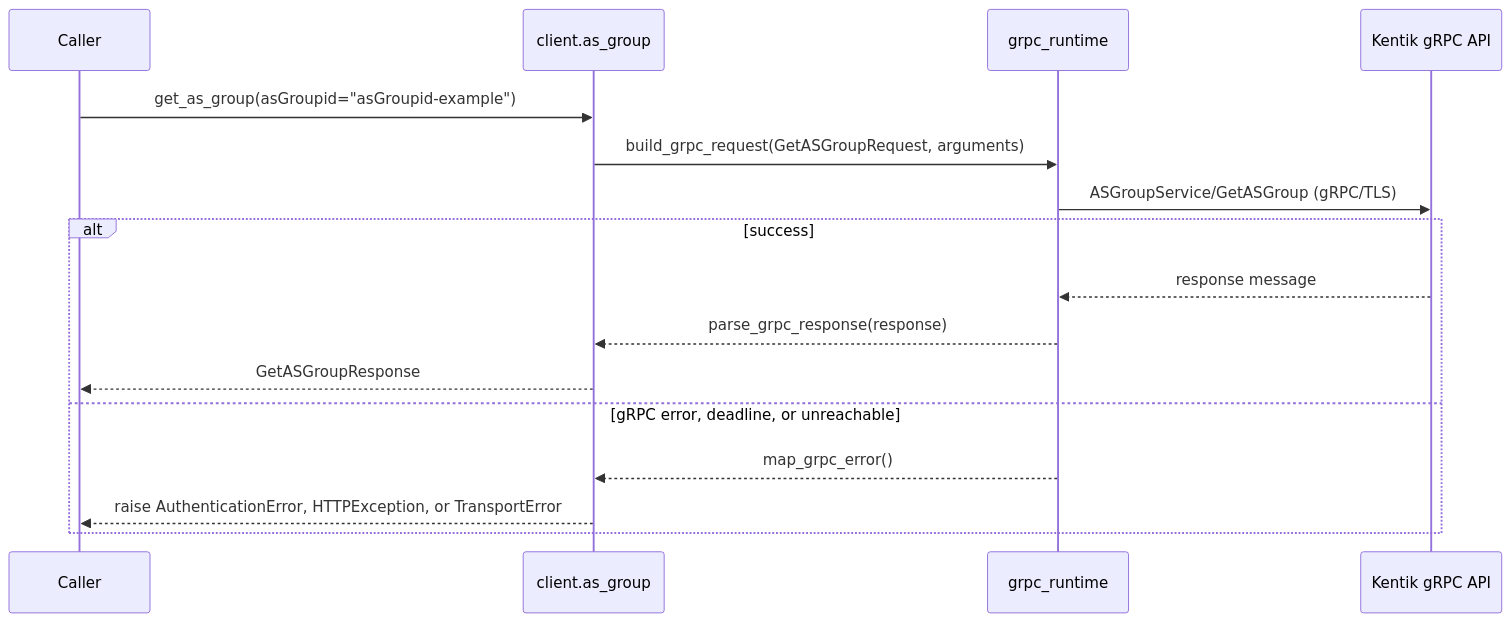
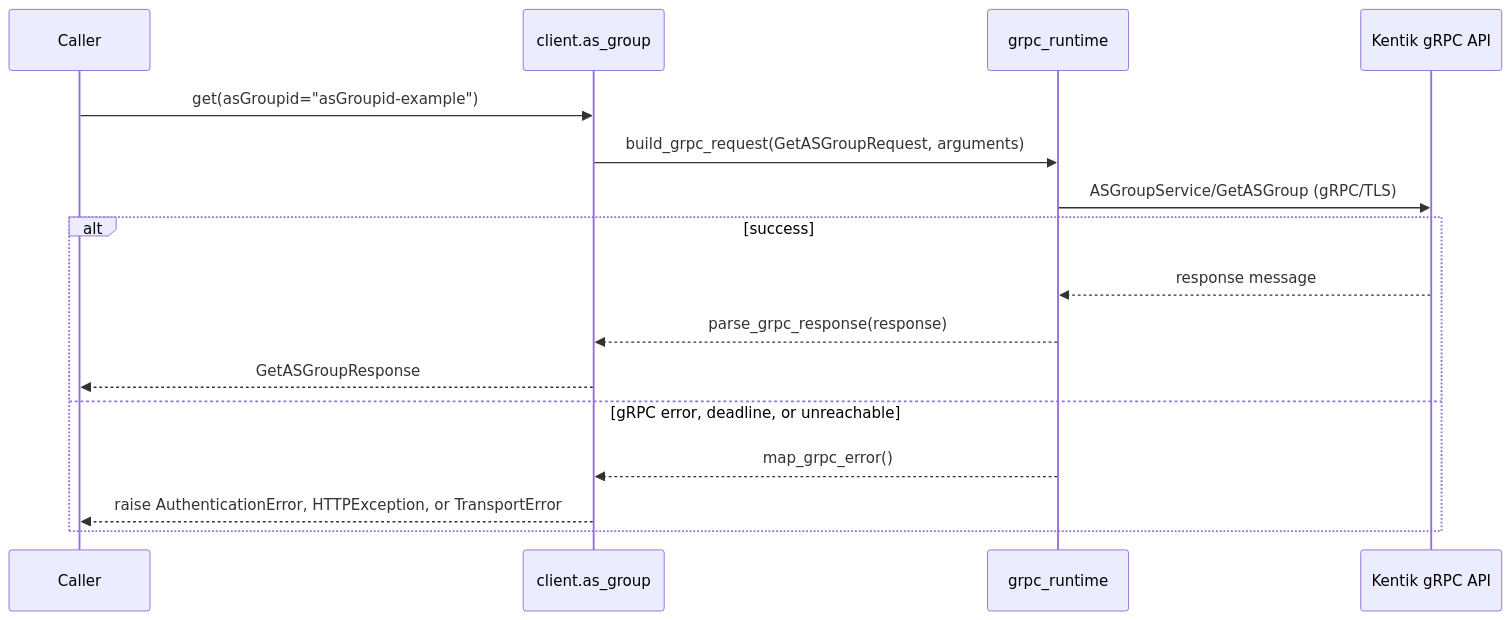
The seventh of 12 diagrams in docs/sphinx/services/as_group.md (alexdearaujo/community_sdk_python), drawn with Mermaid before and after one commit. The commit also changed other lines of this file and 119 other files, not shown here.

````diff
--- a/docs/sphinx/services/as_group.md
+++ b/docs/sphinx/services/as_group.md
@@ -204,19 +204,19 @@
 ```mermaid
 sequenceDiagram
     participant C as Caller
     participant W as client.as_group
     participant R as grpc_runtime
     participant API as Kentik gRPC API
 
-    C->>W: get_as_group(asGroupid="asGroupid-example")
+    C->>W: get(asGroupid="asGroupid-example")
     W->>R: build_grpc_request(GetASGroupRequest, arguments)
     R->>API: ASGroupService/GetASGroup (gRPC/TLS)
     alt success
         API-->>R: response message
         R-->>W: parse_grpc_response(response)
         W-->>C: GetASGroupResponse
     else gRPC error, deadline, or unreachable
         R-->>W: map_grpc_error()
         W-->>C: raise AuthenticationError, HTTPException, or TransportError
     end
 ```
````
